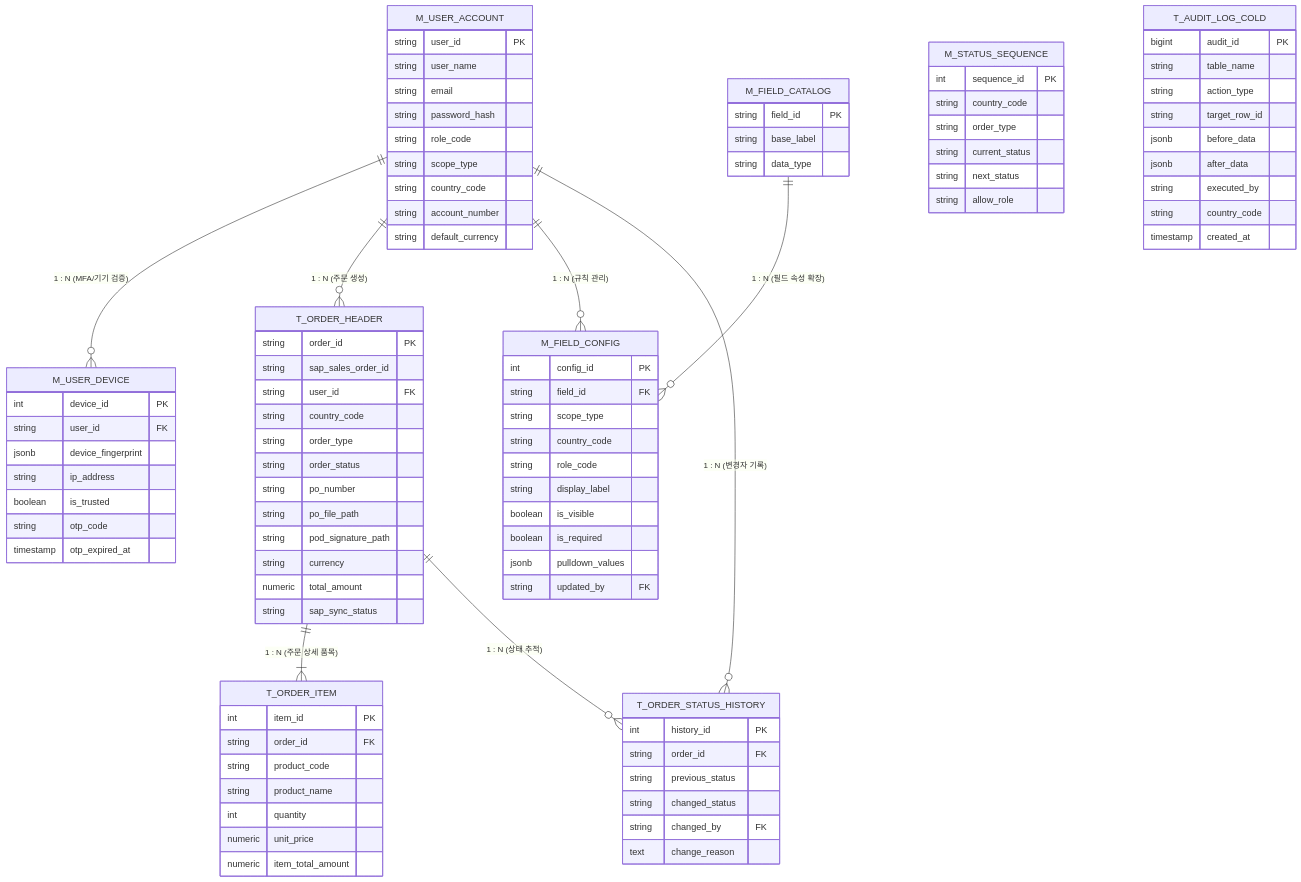
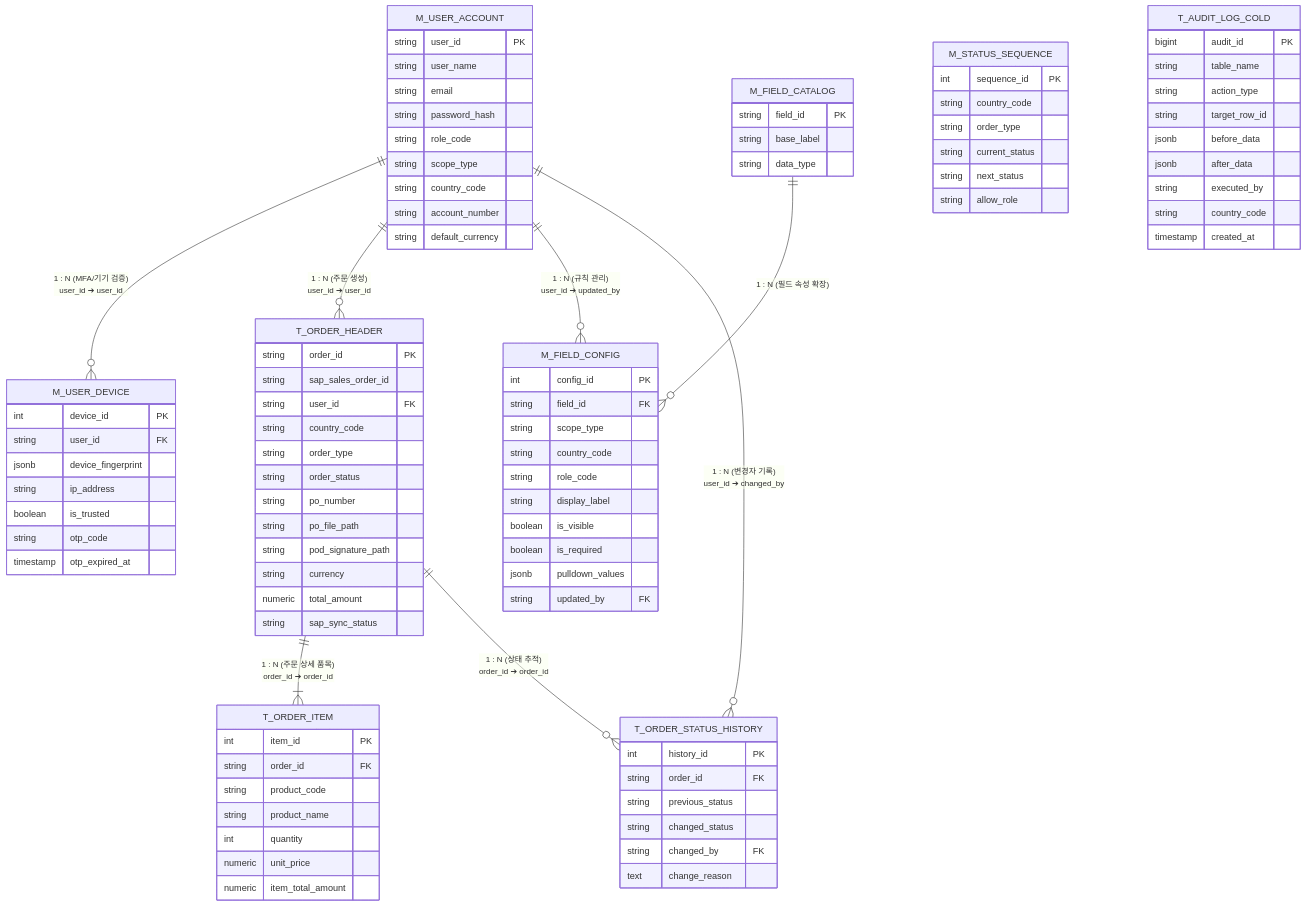
Before and after one commit to jang9876-ux/Intuitive-KOP-Design: the diagram in README.md, drawn with Mermaid.

````diff
--- a/README.md
+++ b/README.md
@@ -1,14 +1,15 @@
 ```mermaid
 erDiagram
-    M_USER_ACCOUNT ||--o{ M_USER_DEVICE : "1 : N (MFA/기기 검증)"
-    M_USER_ACCOUNT ||--o{ T_ORDER_HEADER : "1 : N (주문 생성)"
-    M_USER_ACCOUNT ||--o{ M_FIELD_CONFIG : "1 : N (규칙 관리)"
-    M_USER_ACCOUNT ||--o{ T_ORDER_STATUS_HISTORY : "1 : N (변경자 기록)"
+    M_USER_ACCOUNT ||--o{ M_USER_DEVICE : "1 : N (MFA/기기 검증)<br>user_id ➔ user_id"
+    M_USER_ACCOUNT ||--o{ T_ORDER_HEADER : "1 : N (주문 생성)<br>user_id ➔ user_id"
+    M_USER_ACCOUNT ||--o{ M_FIELD_CONFIG : "1 : N (규칙 관리)<br>user_id ➔ updated_by"
+    M_USER_ACCOUNT ||--o{ T_ORDER_STATUS_HISTORY : "1 : N (변경자 기록)<br>user_id ➔ changed_by"
 
     M_FIELD_CATALOG ||--o{ M_FIELD_CONFIG : "1 : N (필드 속성 확장)"
 
-    T_ORDER_HEADER ||--|{ T_ORDER_ITEM : "1 : N (주문 상세 품목)"
-    T_ORDER_HEADER ||--o{ T_ORDER_STATUS_HISTORY : "1 : N (상태 추적)"
+    T_ORDER_HEADER ||--|{ T_ORDER_ITEM : "1 : N (주문 상세 품목)<br>order_id ➔ order_id"
+    T_ORDER_HEADER ||--o{ T_ORDER_STATUS_HISTORY : "1 : N (상태 추적)<br>order_id ➔ order_id"
+
 
     M_STATUS_SEQUENCE {
         int sequence_id PK
````
